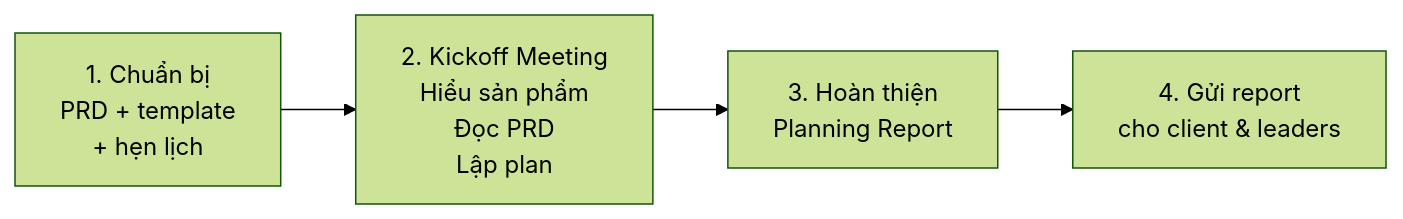
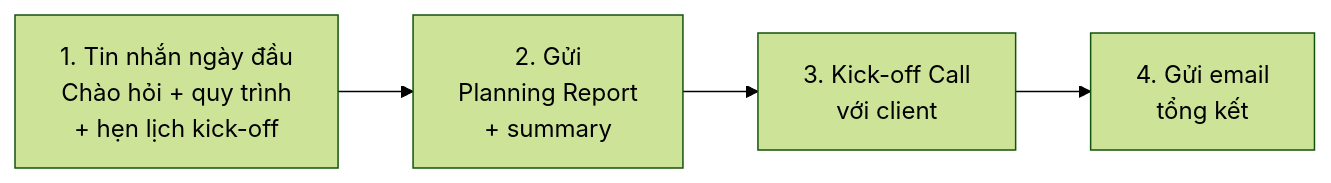
One commit to Cyberk-Official/handbooks changed the diagram in delivery/pl-kick-off/kick-off-process.md. Above: the diagram before and after it, drawn with Mermaid (forest theme). The commit also changed other lines of this file and 10 other files, not shown here.

````diff
--- a/delivery/pl-kick-off/kick-off-process.md
+++ b/delivery/pl-kick-off/kick-off-process.md
@@ -19,6 +21,6 @@
 ```mermaid
 flowchart LR
-    A["1. Chuẩn bị\nPRD + template\n+ hẹn lịch"] --> B["2. Kickoff Meeting\nHiểu sản phẩm\nĐọc PRD\nLập plan"]
-    B --> C["3. Hoàn thiện\nPlanning Report"]
-    C --> D["4. Gửi report\ncho client & leaders"]
+    A["1. Tin nhắn ngày đầu\nChào hỏi + quy trình\n+ hẹn lịch kick-off"] --> B["2. Gửi\nPlanning Report\n+ summary"]
+    B --> C["3. Kick-off Call\nvới client"]
+    C --> D["4. Gửi email\ntổng kết"]
 ```
````
